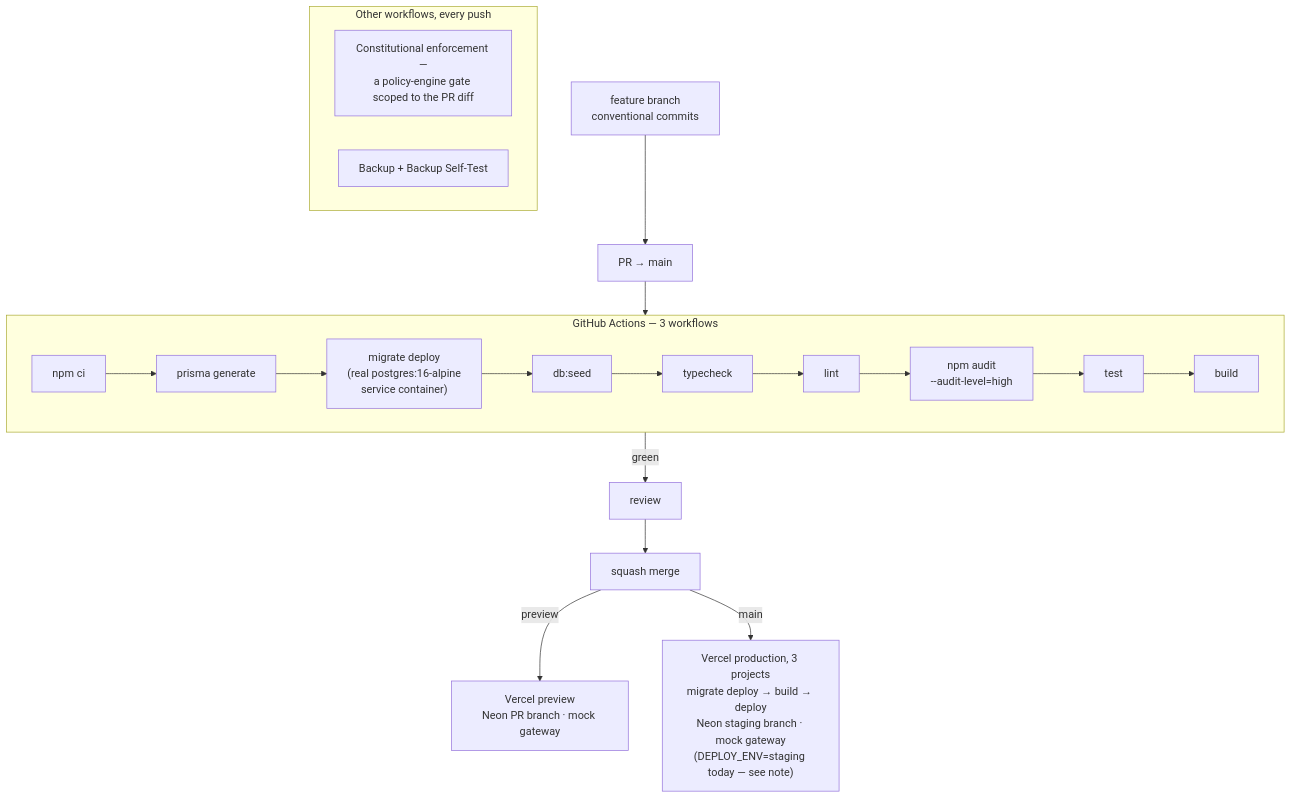
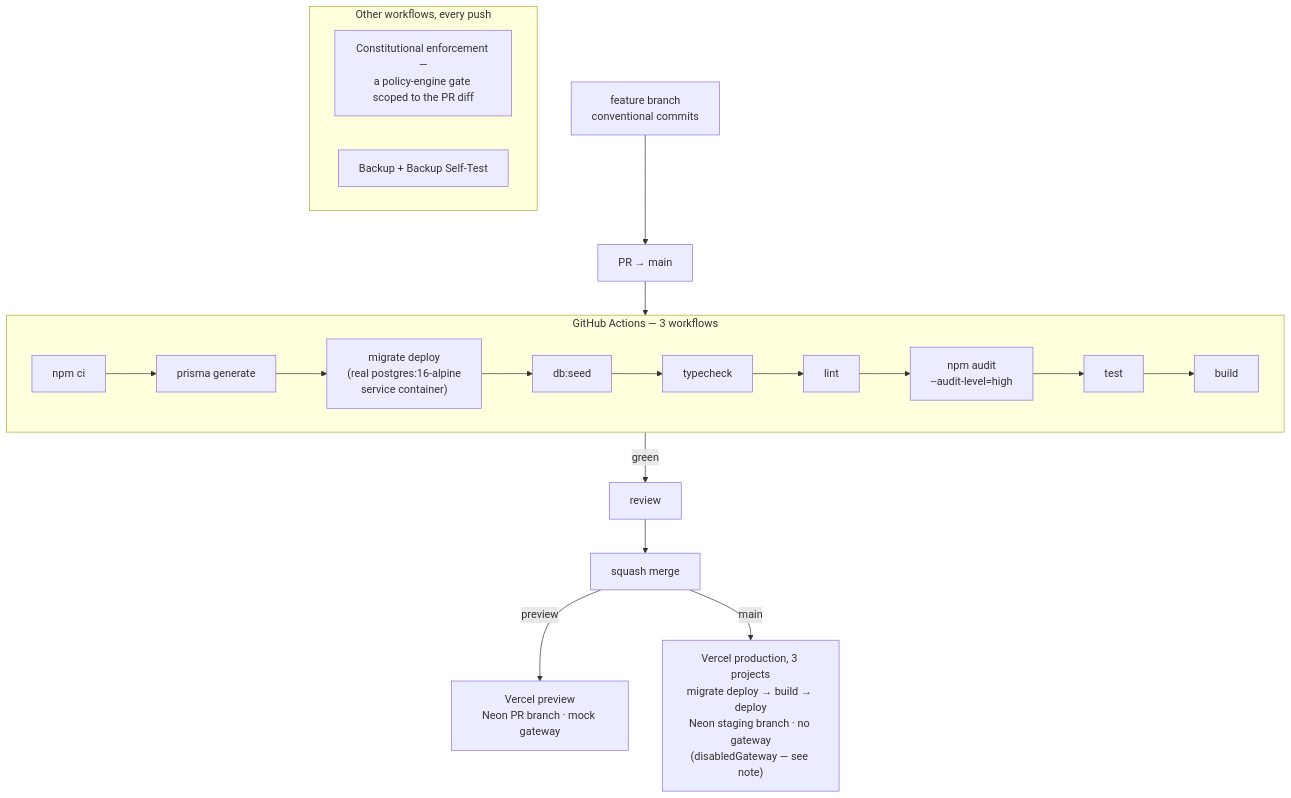
The first of 3 diagrams in docs/architecture/04-infrastructure-deployment.md (KSDRILL-SA/Xkimi-Xa-Mali), drawn with Mermaid before and after one commit. The commit also changed other lines of this file and 14 other files, not shown here.

````diff
--- a/docs/architecture/04-infrastructure-deployment.md
+++ b/docs/architecture/04-infrastructure-deployment.md
@@ -19,19 +19,19 @@
 ```mermaid
 flowchart TD
     DEV["feature branch<br/>conventional commits"] --> PR["PR → main"]
     PR --> CI
 
     subgraph CI["GitHub Actions — 3 workflows"]
         direction LR
         INSTALL["npm ci"] --> GEN["prisma generate"] --> MIG["migrate deploy<br/>(real postgres:16-alpine<br/>service container)"] --> SEED["db:seed"]
         SEED --> TC["typecheck"] --> LINT["lint"] --> AUDIT["npm audit<br/>--audit-level=high"] --> TEST["test"] --> BUILD["build"]
     end
     subgraph OTHER_WF["Other workflows, every push"]
         GOV["Constitutional enforcement —<br/>a policy-engine gate scoped to the PR diff"]
         BACKUP["Backup + Backup Self-Test"]
     end
 
     CI -->|green| REVIEW["review"] --> MERGE["squash merge"]
     MERGE -->|preview| PREV["Vercel preview<br/>Neon PR branch · mock gateway"]
-    MERGE -->|main| PROD["Vercel production, 3 projects<br/>migrate deploy → build → deploy<br/>Neon staging branch · mock gateway<br/>(DEPLOY_ENV=staging today — see note)"]
+    MERGE -->|main| PROD["Vercel production, 3 projects<br/>migrate deploy → build → deploy<br/>Neon staging branch · no gateway<br/>(disabledGateway — see note)"]
 ```
````
